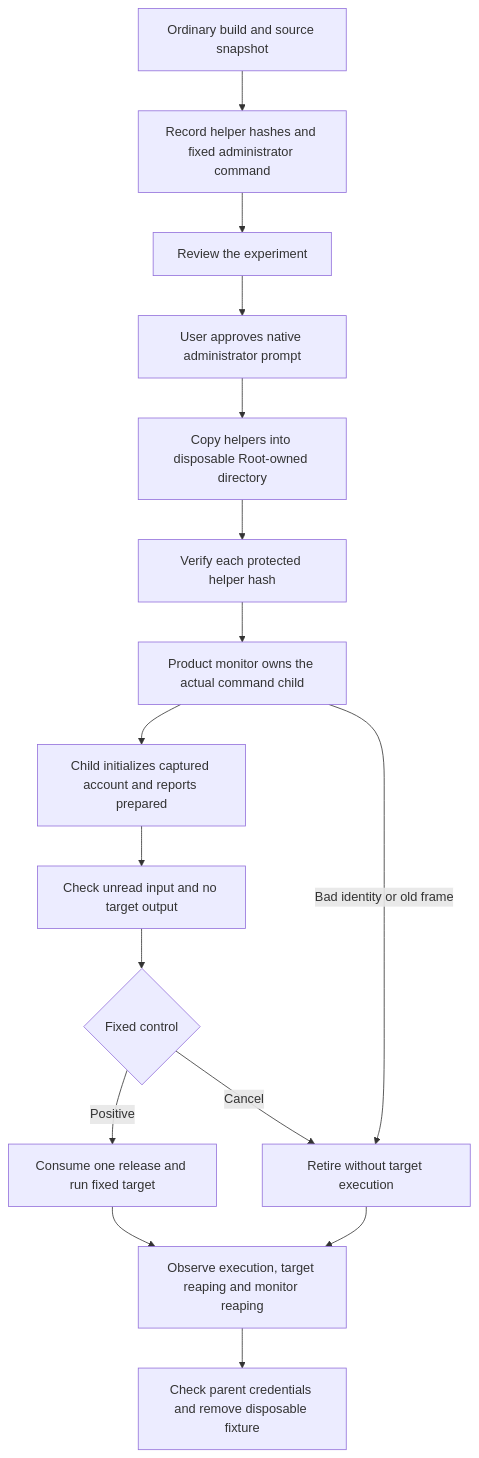
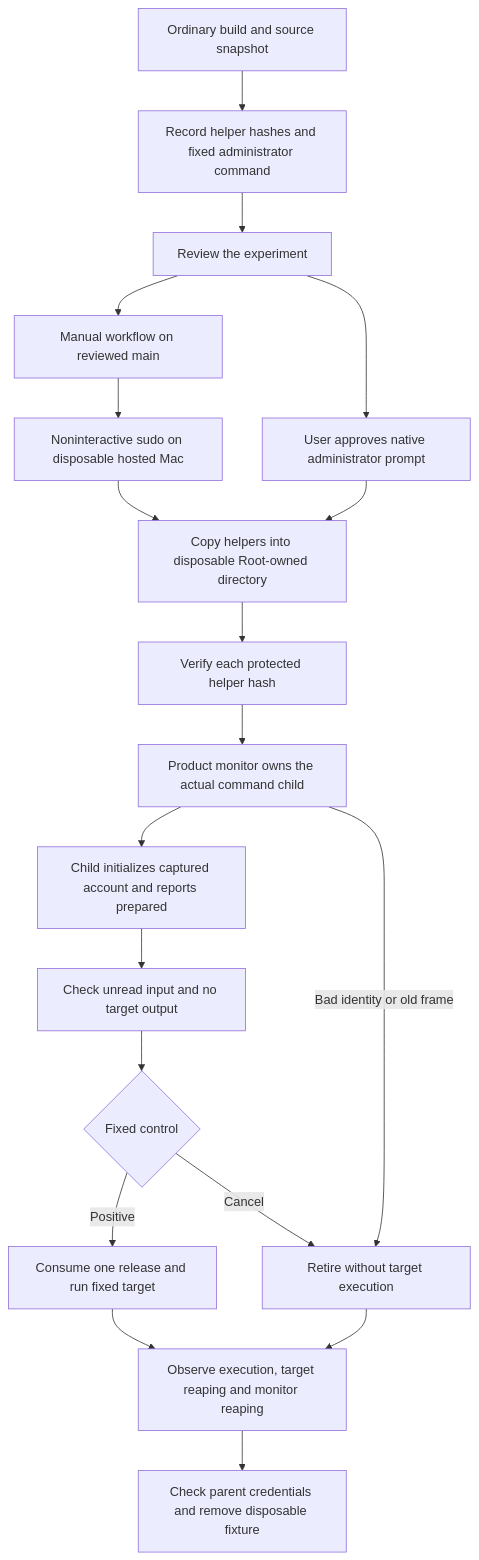
The diagram in docs/experiments/macos-production-child.md (fourlastor/remozio), drawn with Mermaid before and after one commit. The commit also changed other lines of this file and 4 other files, not shown here.

Commit message:
Add an explicit hosted Mac run for native command-child evidence (#397)

````diff
--- a/docs/experiments/macos-production-child.md
+++ b/docs/experiments/macos-production-child.md
@@ -7,18 +7,21 @@
 ```mermaid
 flowchart TD
     A[Ordinary build and source snapshot] --> H[Record helper hashes and fixed administrator command]
     H --> R[Review the experiment]
     R --> U[User approves native administrator prompt]
+    R --> K[Manual workflow on reviewed main]
+    K --> L[Noninteractive sudo on disposable hosted Mac]
+    L --> C
     U --> C[Copy helpers into disposable Root-owned directory]
     C --> V[Verify each protected helper hash]
     V --> M[Product monitor owns the actual command child]
     M --> P[Child initializes captured account and reports prepared]
     P --> I[Check unread input and no target output]
     I --> D{Fixed control}
     D -->|Positive| E[Consume one release and run fixed target]
     D -->|Cancel| X[Retire without target execution]
     M -->|Bad identity or old frame| X
     E --> W[Observe execution, target reaping and monitor reaping]
     X --> W
     W --> F[Check parent credentials and remove disposable fixture]
 ```
````
